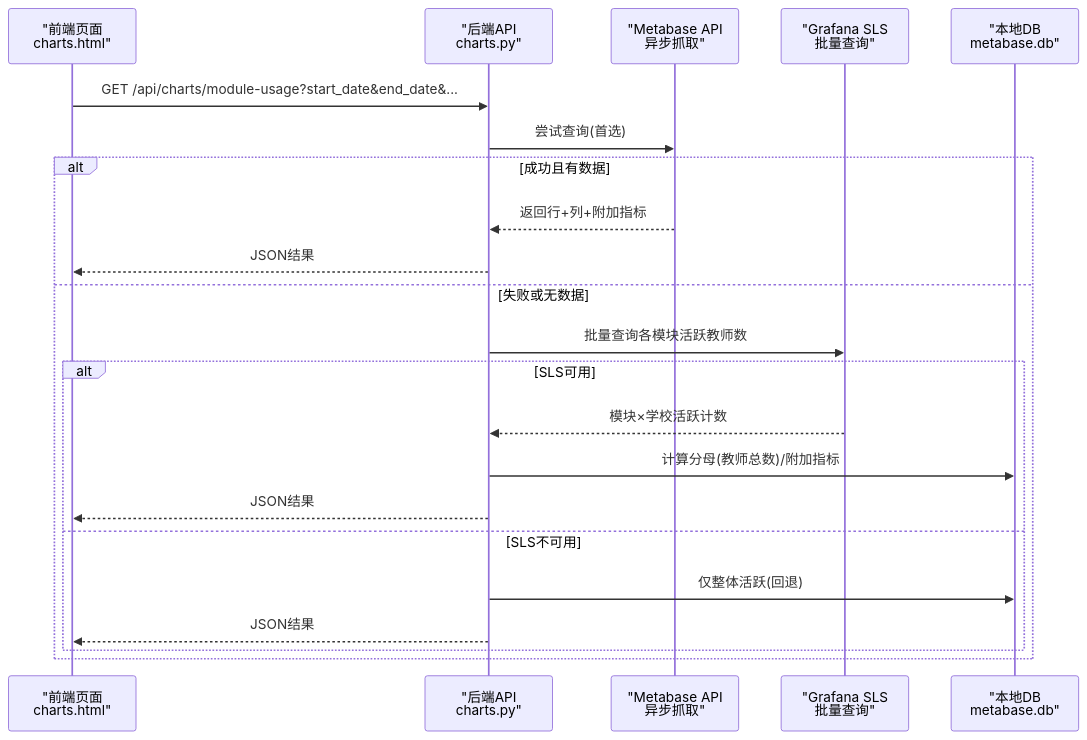
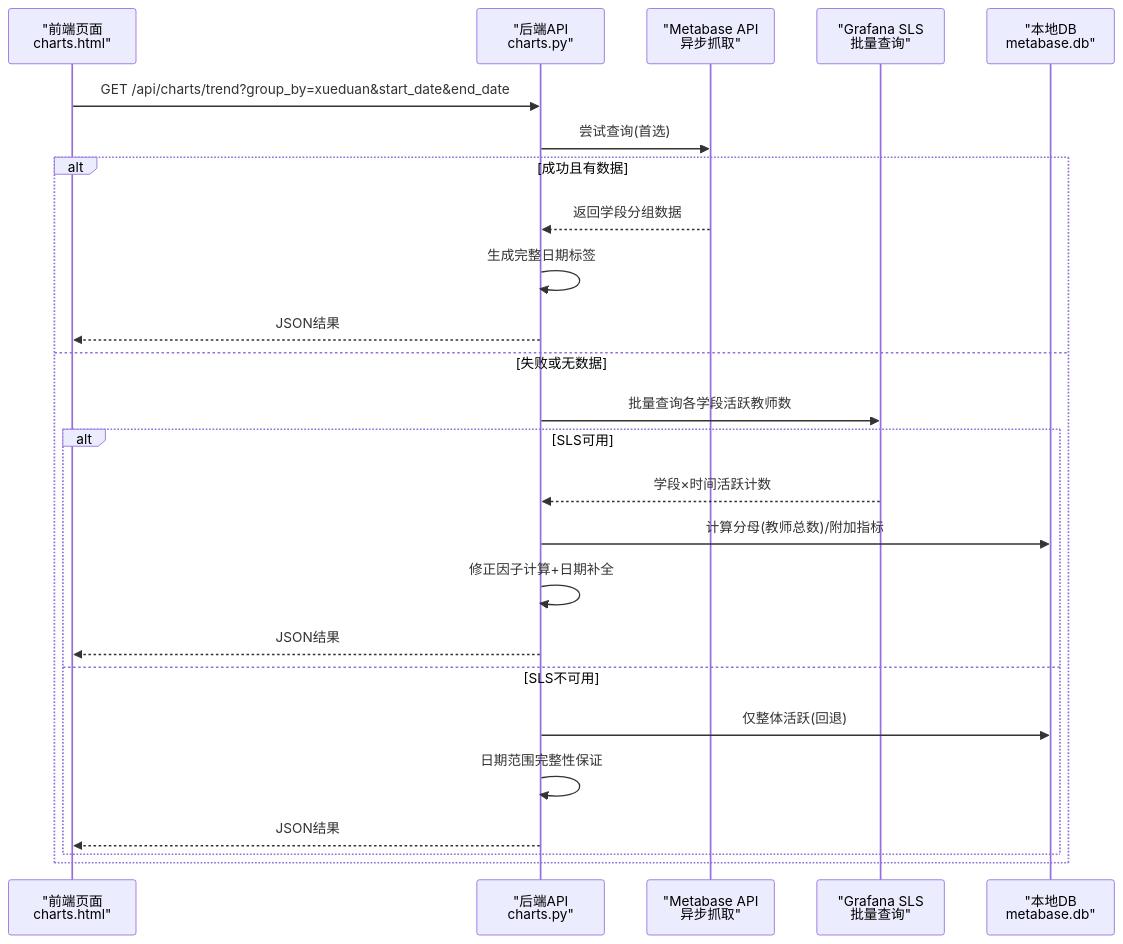
One commit to oreovan567-pixel/middle-platform-data-collector changed the second of 6 diagrams in .qoder/repowiki/zh/content/API接口文档/图表分析API.md. Above: the diagram before and after it, drawn with Mermaid. The commit also changed other lines of this file and 9 other files, not shown here.

````diff
--- a/.qoder/repowiki/zh/content/API接口文档/图表分析API.md
+++ b/.qoder/repowiki/zh/content/API接口文档/图表分析API.md
@@ -98,24 +115,27 @@
 ```mermaid
 sequenceDiagram
 participant FE as "前端页面<br/>charts.html"
 participant API as "后端API<br/>charts.py"
 participant MB as "Metabase API<br/>异步抓取"
 participant SLS as "Grafana SLS<br/>批量查询"
 participant DB as "本地DB<br/>metabase.db"
-FE->>API : GET /api/charts/module-usage?start_date&end_date&...
+FE->>API : GET /api/charts/trend?group_by=xueduan&start_date&end_date
 API->>MB : 尝试查询(首选)
 alt 成功且有数据
-MB-->>API : 返回行+列+附加指标
+MB-->>API : 返回学段分组数据
+API->>API : 生成完整日期标签
 API-->>FE : JSON结果
 else 失败或无数据
-API->>SLS : 批量查询各模块活跃教师数
+API->>SLS : 批量查询各学段活跃教师数
 alt SLS可用
-SLS-->>API : 模块×学校活跃计数
+SLS-->>API : 学段×时间活跃计数
 API->>DB : 计算分母(教师总数)/附加指标
+API->>API : 修正因子计算+日期补全
 API-->>FE : JSON结果
 else SLS不可用
 API->>DB : 仅整体活跃(回退)
+API->>API : 日期范围完整性保证
 API-->>FE : JSON结果
 end
 end
 ```
````
